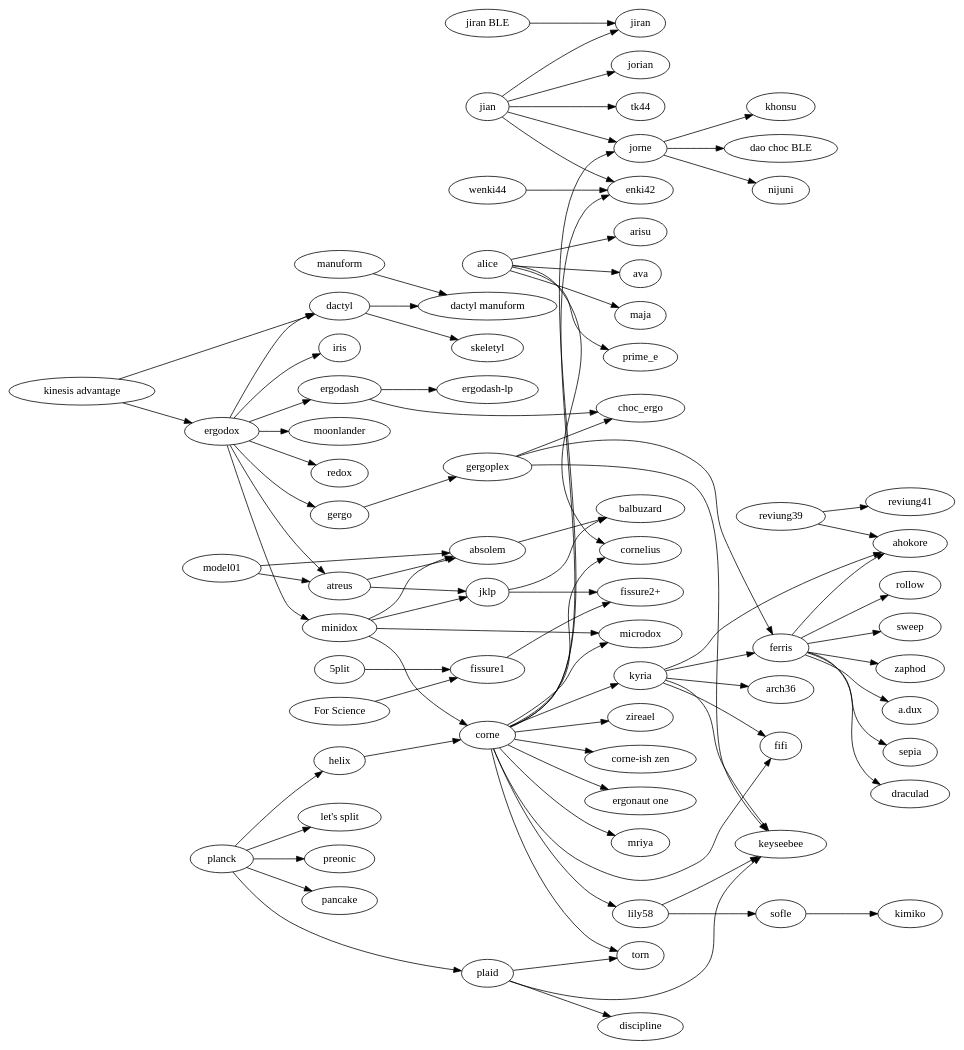
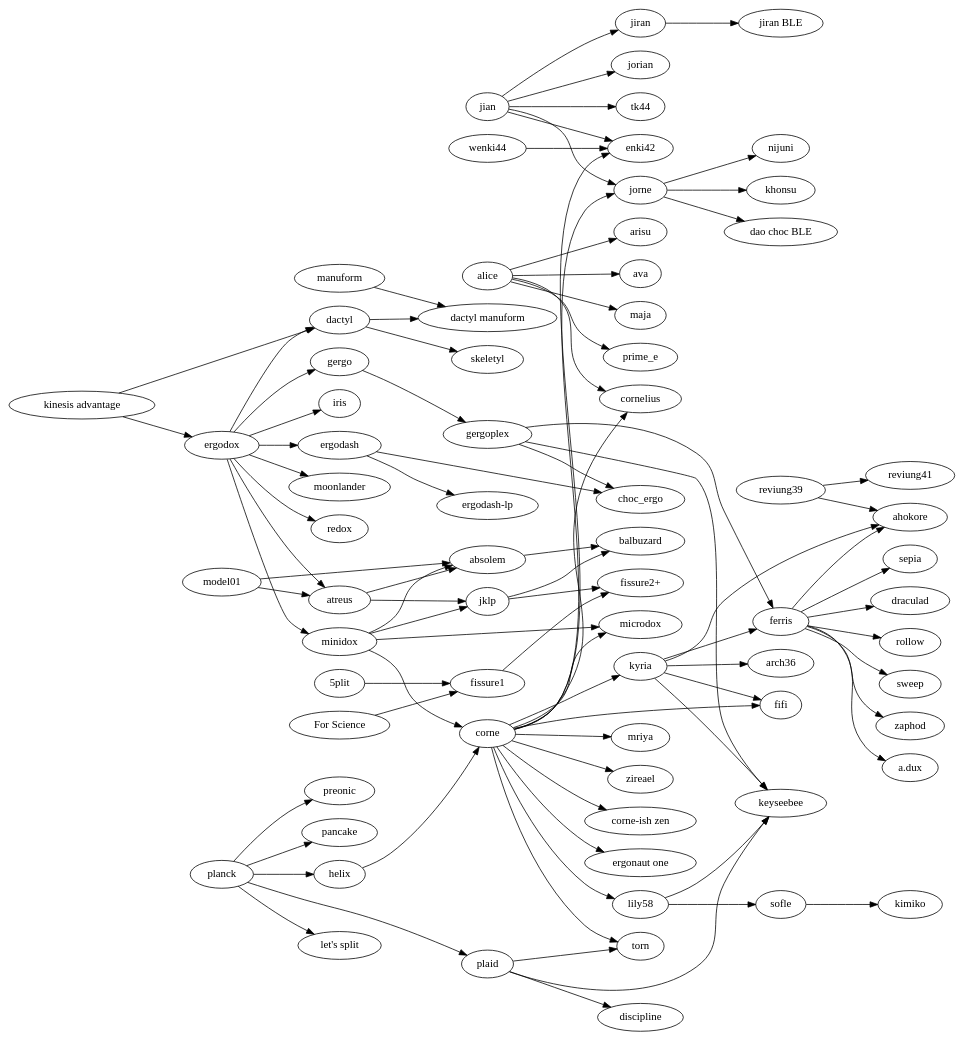
Before and after one commit to joric/graph: the diagram in tree.gv, drawn with Graphviz.

```diff
--- a/tree.gv
+++ b/tree.gv
@@ -1,155 +1,155 @@
 digraph {
   rankdir=LR;
 
   subgraph splits {
     helix -> corne;
     wenki44 -> enki42;
-    "jiran BLE" -> jiran;
+    jiran->"jiran BLE";
 
     jian -> {
       jorian;
       jorne;
       jiran;
       enki42;
       tk44;
     }
 
     jorne -> {
       nijuni;
       khonsu;
       "dao choc BLE";
     }
 
     corne -> {
       "corne-ish zen";
       cornelius;
       fifi;
       kyria;
       lily58;
       microdox;
       torn;
       jorne;
       "ergonaut one";
       mriya;
       zireael;
       enki42;
     };
 
     lily58 -> {
       keyseebee;
       sofle;
     };
 
     kyria -> {
         ahokore;
         arch36;
         ferris;
         fifi;
         keyseebee;
     };
 
     "kinesis advantage" -> {
       ergodox;
       dactyl;
     };
 
     ergodox -> {
       atreus;
       dactyl;
       ergodash;
       gergo;
       iris;
       minidox;
       moonlander;
       redox;
     };
 
     ergodash -> {
       "ergodash-lp";
       choc_ergo;
     };
 
     gergo -> gergoplex;
     gergoplex -> {
       choc_ergo;
       ferris;
       keyseebee;
     };
 
     ferris -> {
       ahokore;
       sepia;
       draculad;
       rollow;
       sweep;
       zaphod;
       "a.dux";
     };
 
     manuform -> "dactyl manuform";
 
     minidox -> {
       absolem;
       corne;
       microdox;
       jklp;
     };
 
     model01 -> {
       absolem;
       atreus;
     };
 
     sofle -> kimiko;
 
     "5plit" -> "fissure1";
     "For Science" -> "fissure1";
     fissure1 -> "fissure2+";
     jklp -> "fissure2+";
   }
 
   subgraph unibody {
     atreus -> {
       absolem;
       jklp;
     };
     jklp -> balbuzard;
     absolem -> balbuzard;
     reviung39 -> {
       ahokore;
       reviung41;
     };
   };
 
   subgraph ortholinear {
     plaid -> {
       discipline;
       keyseebee;
       torn;
     };
     planck -> {
       helix;
       "let's split";
       plaid;
       preonic;
       pancake;
     };
   }
 
   subgraph {
     dactyl -> {
       "dactyl manuform";
       skeletyl;
     }
   }
 
   subgraph alicefamily {
     alice -> {
       arisu;
       ava;
       cornelius;
       maja;
       prime_e;
     }
   }
 }
```
